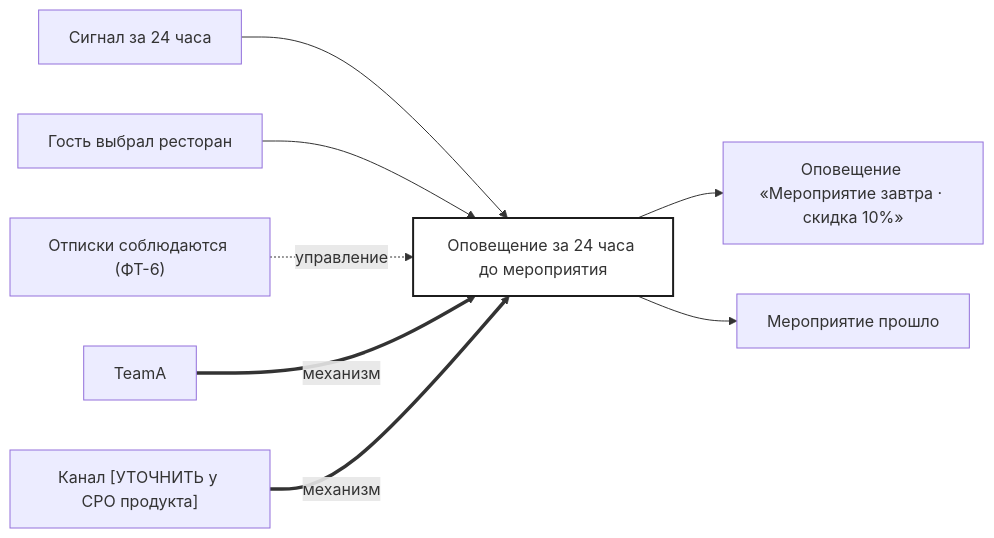
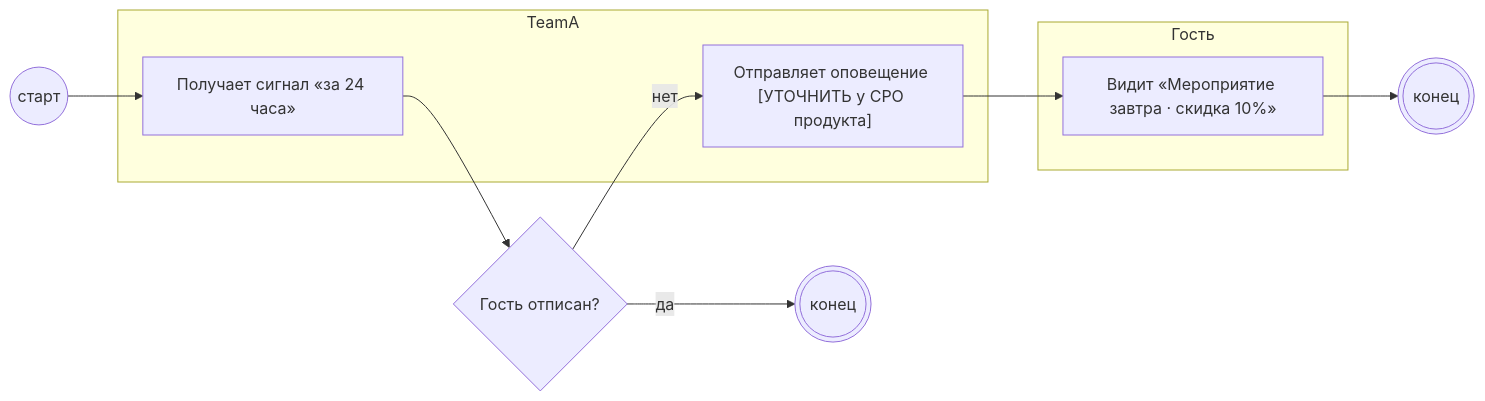
The diagram in skills/bft-blueprint/examples/dineclub-restart-blueprint/backlog/tasks/bp-12.1 - Оповещение-за-24-часа-до-мероприятия.md (po-helper-org/poh-bft-writer), drawn with Mermaid before and after one commit. The commit also changed other lines of this file and 60 other files, not shown here.

````diff
--- a/skills/bft-blueprint/examples/dineclub-restart-blueprint/backlog/tasks/bp-12.1 - Оповещение-за-24-часа-до-мероприятия.md
+++ b/skills/bft-blueprint/examples/dineclub-restart-blueprint/backlog/tasks/bp-12.1 - Оповещение-за-24-часа-до-мероприятия.md
@@ -29,12 +44,20 @@
 ```mermaid
 flowchart LR
-  A0["Оповещение за 24 часа до мероприятия"]
-  in1["Сигнал за 24 часа"] --> A0
-  in2["Гость выбрал ресторан"] --> A0
-  ctl1["Отписки соблюдаются (ФТ-6)"] -. управление .-> A0
-  mech1["TeamA"] == механизм ==> A0
-  mech2["Канал [УТОЧНИТЬ у CPO продукта]"] == механизм ==> A0
-  A0 --> out1["Оповещение «Мероприятие завтра · скидка 10%»"]
-  A0 --> out2["Мероприятие прошло"]
-  style A0 fill:#fff,stroke:#1c1c1c,stroke-width:2px
+  S(("старт"))
+  subgraph L1["TeamA"]
+    N1["Получает сигнал «за 24 часа»"]
+    N3["Отправляет оповещение [УТОЧНИТЬ у CPO продукта]"]
+  end
+  subgraph L2["Гость"]
+    N4["Видит «Мероприятие завтра · скидка 10%»"]
+  end
+  G2{"Гость отписан?"}
+  E1((("конец")))
+  E((("конец")))
+  S --> N1
+  N1 --> G2
+  G2 -- нет --> N3
+  G2 -- да --> E1
+  N3 --> N4
+  N4 --> E
 ```
````
